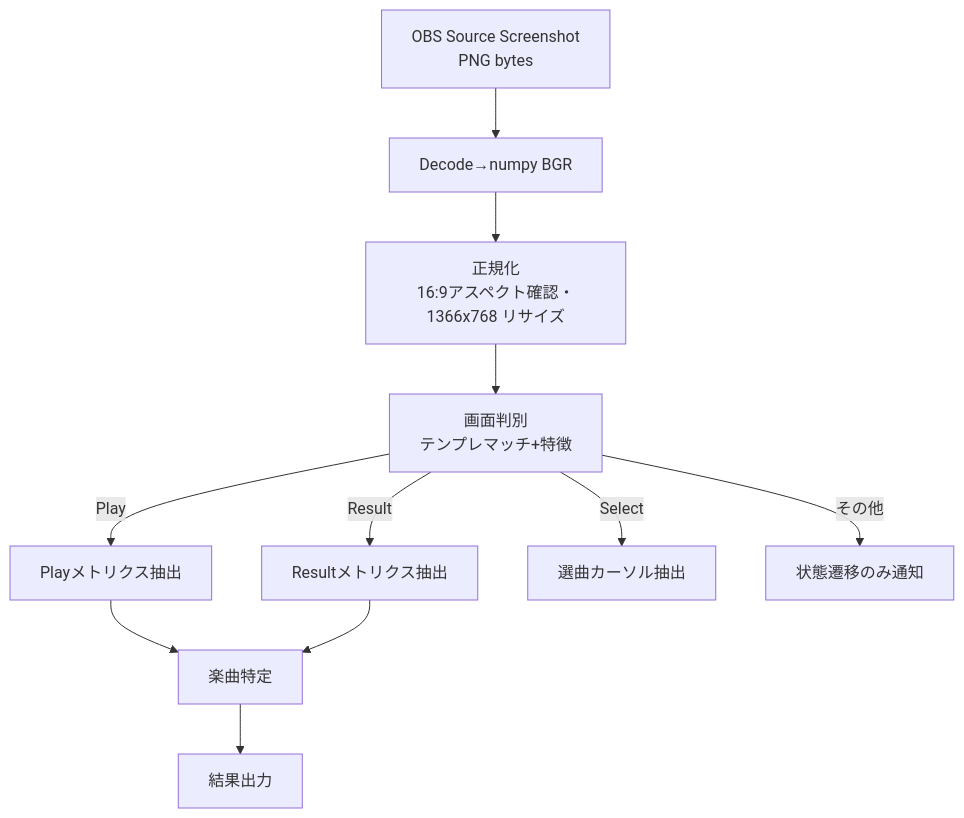
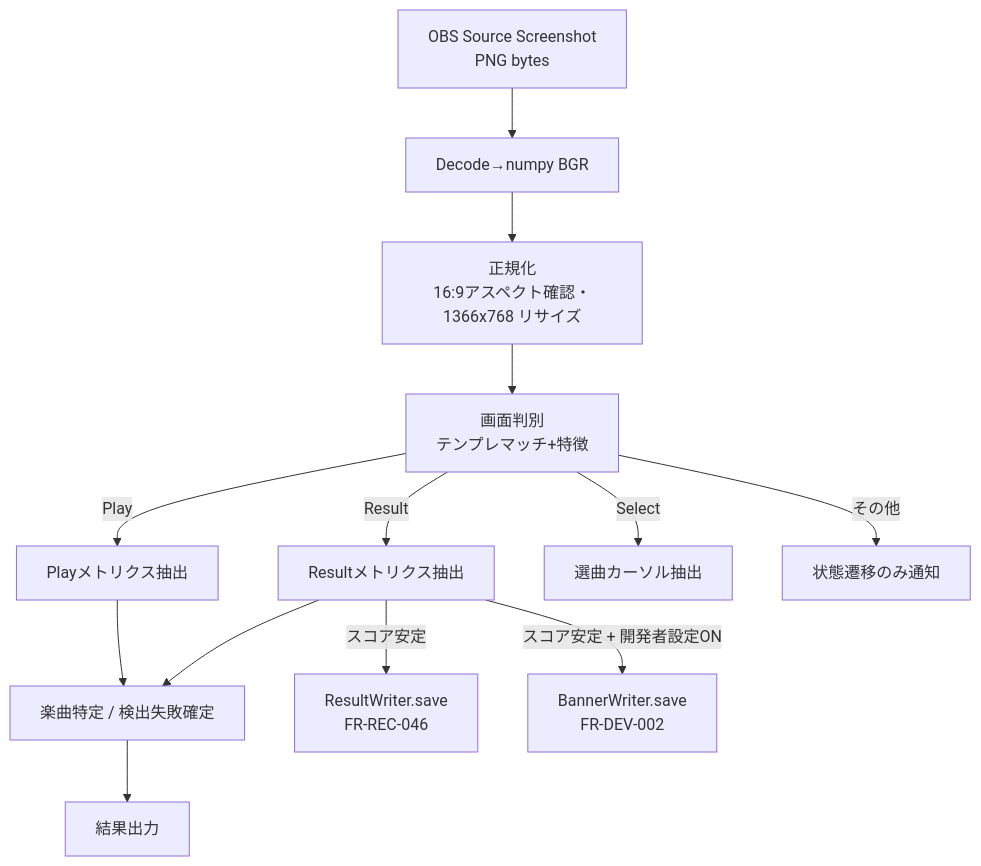
One commit to Freedom645/livelyrec changed the diagram in docs/design/10_詳細設計_画像認識.md. Above: the diagram before and after it, drawn with Mermaid. The commit also changed other lines of this file and 7 other files, not shown here.

````diff
--- a/docs/design/10_詳細設計_画像認識.md
+++ b/docs/design/10_詳細設計_画像認識.md
@@ -16,13 +16,15 @@
 ```mermaid
 flowchart TD
     A[OBS Source Screenshot<br>PNG bytes] --> B[Decode→numpy BGR]
     B --> C[正規化<br>16:9アスペクト確認・1366x768 リサイズ]
     C --> D[画面判別<br>テンプレマッチ+特徴]
     D -->|Play| E[Playメトリクス抽出]
     D -->|Result| F[Resultメトリクス抽出]
     D -->|Select| G[選曲カーソル抽出]
     D -->|その他| H[状態遷移のみ通知]
-    E --> I[楽曲特定]
+    E --> I[楽曲特定 / 検出失敗確定]
     F --> I
     I --> J[結果出力]
+    F -->|スコア安定| K[ResultWriter.save<br>FR-REC-046]
+    F -->|スコア安定 + 開発者設定ON| L[BannerWriter.save<br>FR-DEV-002]
 ```
````
